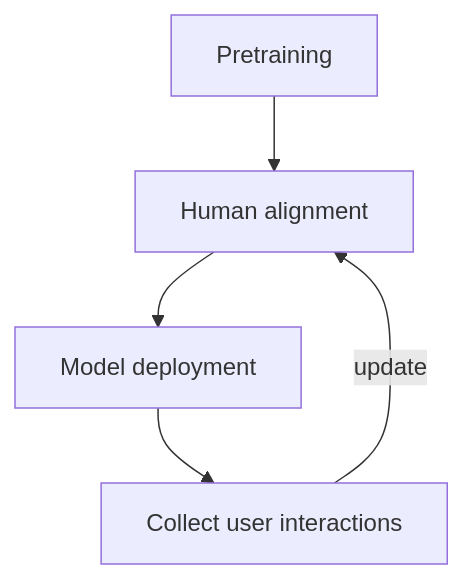
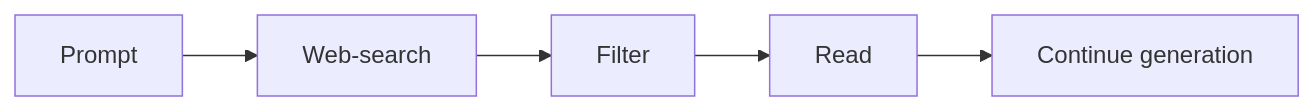
The second of 3 diagrams in slides/blocks/day1/day1_block2.qmd (finnoh/ws_genai_eb), drawn with Mermaid before and after one commit. The commit also changed other lines of this file and 63 other files, not shown here.

````diff
--- a/slides/blocks/day1/day1_block2.qmd
+++ b/slides/blocks/day1/day1_block2.qmd
@@ -33,7 +74,7 @@
 ```{mermaid}
-flowchart TD
-  A[Pretraining] --> B[Human alignment]
-  B --> C[Model deployment]
-  C --> D[Collect user interactions]
-  D -->|update| B
+flowchart LR
+  Q[Prompt] --> R[Web-search]
+  R --> K[Filter]
+  K --> C[Read]
+  C --> G[Continue generation]
 ```
````
